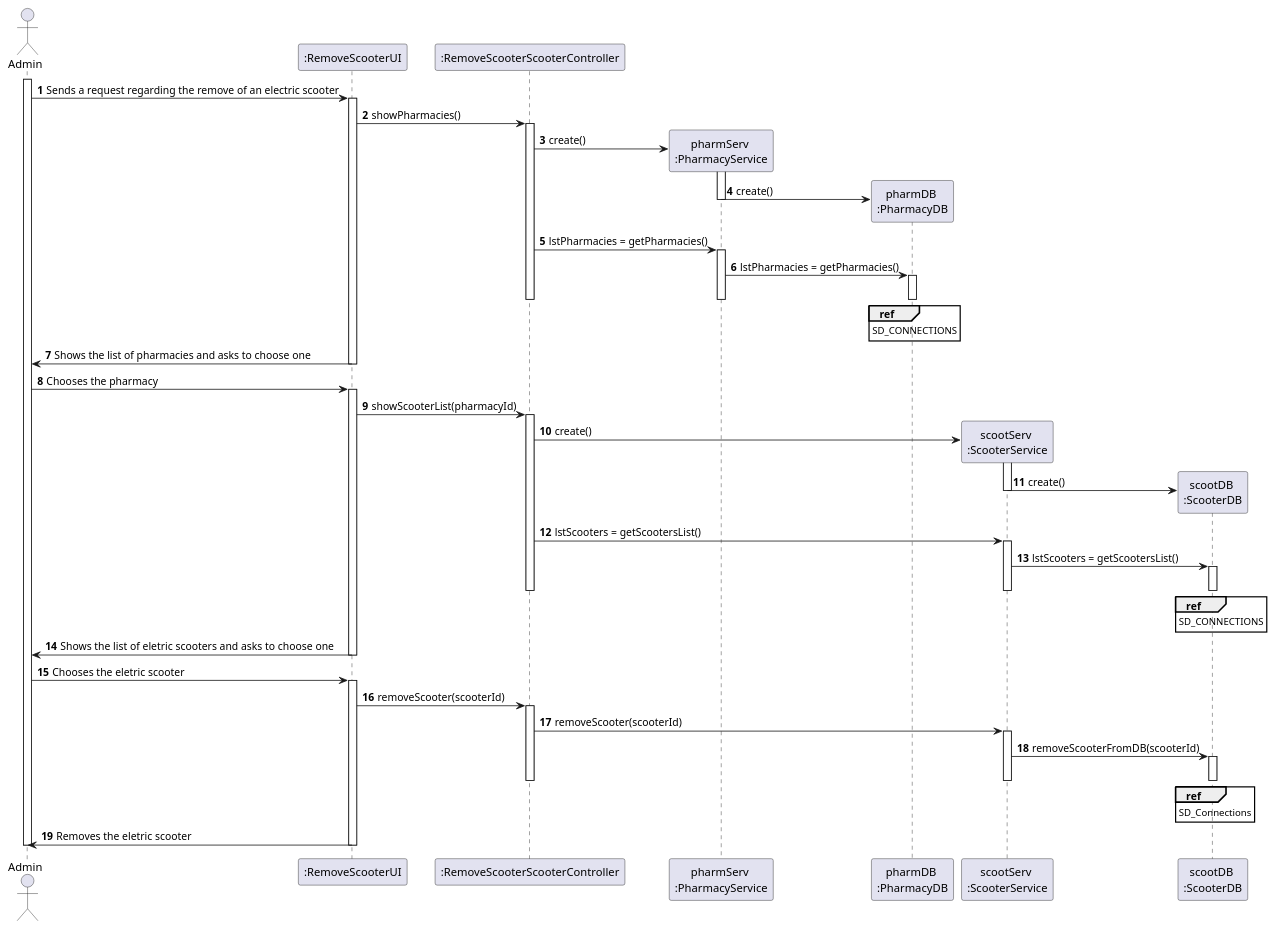
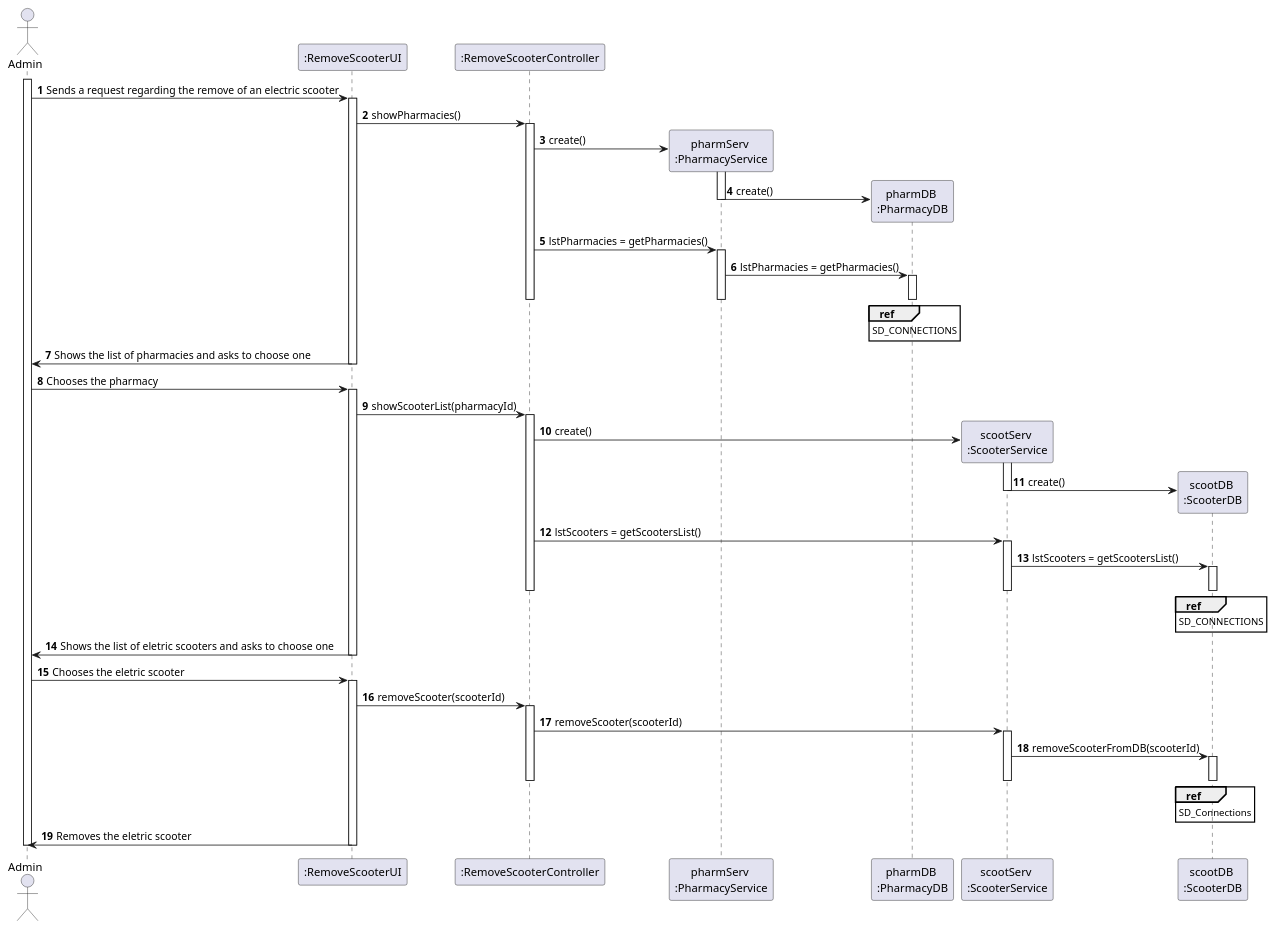
One commit to tiagoavcosta25/LAPR3 changed the diagram in docs/Iteration 2/Scooter Management/US22_RemoveScooter/Refinement/US22_SD.puml. Above: the diagram before and after it, drawn with PlantUML. The commit also changed 2 other files, not shown here.

```diff
--- a/docs/Iteration 2/Scooter Management/US22_RemoveScooter/Refinement/US22_SD.puml
+++ b/docs/Iteration 2/Scooter Management/US22_RemoveScooter/Refinement/US22_SD.puml
@@ -1,78 +1,78 @@
 @startuml
 autonumber
 actor "Admin" as ADMIN
 
 participant ":RemoveScooterUI" as UI
-participant ":RemoveScooterScooterController" as CTRL
+participant ":RemoveScooterController" as CTRL
 participant "pharmServ \n:PharmacyService" as PHS
 participant "pharmDB \n:PharmacyDB" as PHDB
 participant "scootServ \n:ScooterService" as SS
 participant "scootDB \n:ScooterDB" as SDB
 
 
 
 activate ADMIN
 
 ADMIN -> UI : Sends a request regarding the remove of an electric scooter
 activate UI
 UI -> CTRL : showPharmacies()
 activate CTRL
 CTRL -> PHS ** : create()
 activate PHS
 PHS -> PHDB ** : create()
 deactivate PHS
 CTRL -> PHS : lstPharmacies = getPharmacies()
 activate PHS
 PHS -> PHDB : lstPharmacies = getPharmacies()
 activate PHDB
 ref over PHDB
 SD_CONNECTIONS
 end ref
 deactivate PHDB
 deactivate PHS
 deactivate CTRL
 UI -> ADMIN : Shows the list of pharmacies and asks to choose one
 deactivate UI
 
 ADMIN -> UI : Chooses the pharmacy
 activate UI
 UI -> CTRL : showScooterList(pharmacyId)
 activate CTRL
 CTRL -> SS ** : create()
 activate SS
 SS -> SDB ** : create()
 deactivate SS
 CTRL -> SS : lstScooters = getScootersList()
 activate SS
 SS -> SDB : lstScooters = getScootersList()
 activate SDB
 ref over SDB
 SD_CONNECTIONS
 end ref
 deactivate SDB
 deactivate SS
 deactivate CTRL
 UI -> ADMIN : Shows the list of eletric scooters and asks to choose one
 deactivate UI
 
 ADMIN -> UI : Chooses the eletric scooter
 activate UI
 UI -> CTRL : removeScooter(scooterId)
 activate CTRL
 CTRL -> SS : removeScooter(scooterId)
 activate SS
 SS -> SDB : removeScooterFromDB(scooterId)
 activate SDB
 ref over SDB
 SD_Connections
 end ref
 deactivate SDB
 deactivate CTRL
 deactivate SS
 UI -> ADMIN : Removes the eletric scooter
 
 deactivate UI
 
 deactivate ADMIN
 
 @enduml
```
